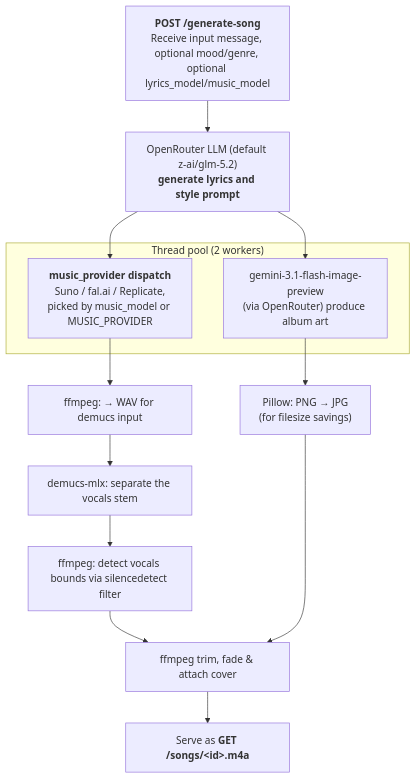
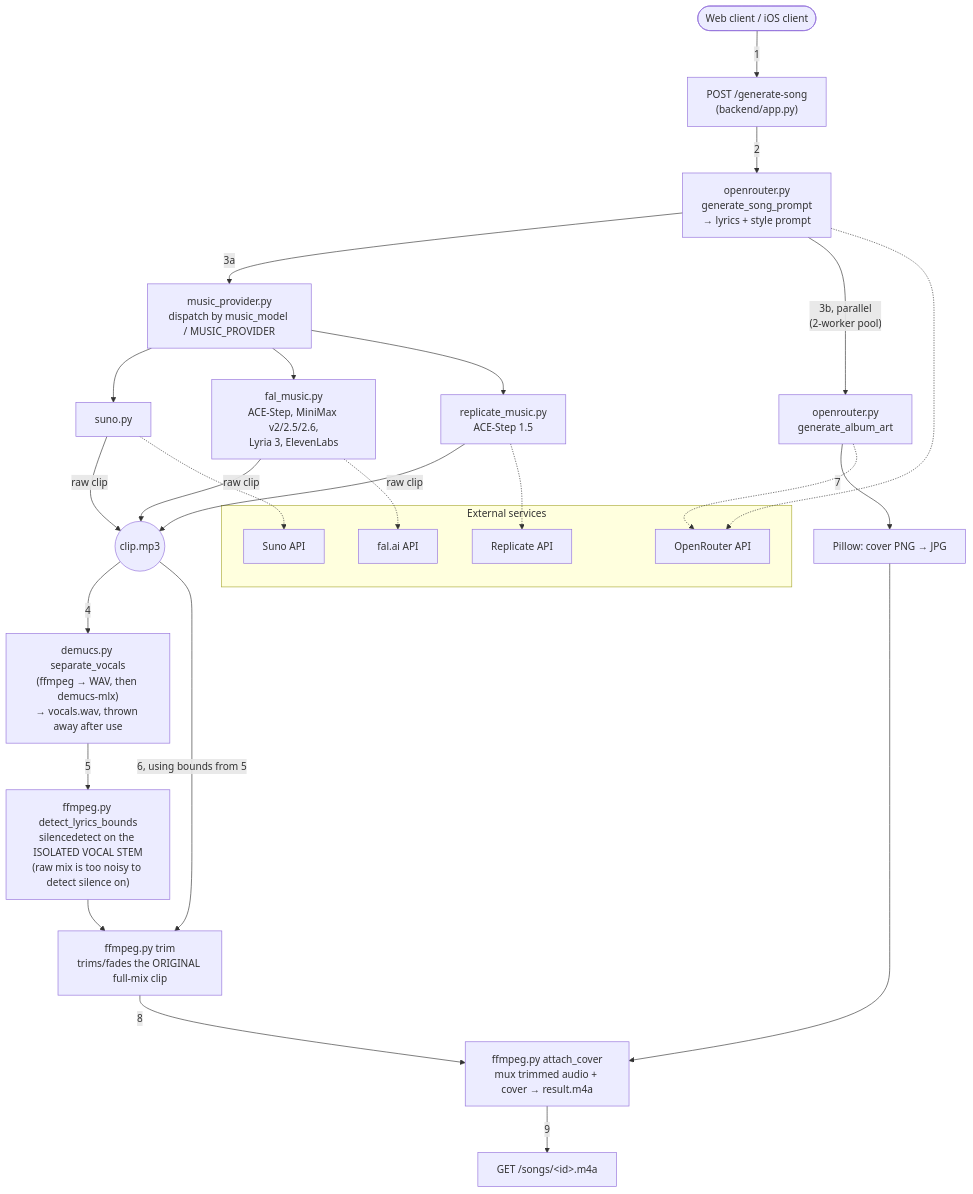
Before and after one commit to icherniukh/hackboston: the first of 2 diagrams in README.md, drawn with Mermaid. The commit also changed other lines of this file, not shown here.

Commit message:
Add backend architecture diagram, replace redundant Milestone 1 flowchart
Old diagram's flat R1 -> {OR,MP,DM,FF} fan-out obscured the actual
data-dependency chain (demucs vocals.wav only exists to give ffmpeg
accurate silencedetect timestamps for trimming the original mixed clip).
New diagram makes call order explicit and covers routes, multi-provider
dispatch, and external services in one place.

Claude-Session: https://claude.ai/code/session_01WeedKcU7RwBrX9XZGmNVgt

````diff
--- a/README.md
+++ b/README.md
@@ -46,19 +34,36 @@
 ```mermaid
-flowchart TD
-    A0["<b>POST /generate-song</b><br>Receive input message, optional mood/genre, optional lyrics_model/music_model"]
-    A["OpenRouter LLM (default z-ai/glm-5.2)<br><b>generate lyrics and style prompt</b>"] --> B1
-    A0 --> A
-    A --> B2
+flowchart TB
+    Client(["Web client / iOS client"]) -->|"1"| R1["POST /generate-song<br>(backend/app.py)"]
 
-    subgraph parallel["Thread pool (2 workers)"]
-        B1["<b>music_provider dispatch</b><br>Suno / fal.ai / Replicate,<br>picked by music_model or MUSIC_PROVIDER"]
-        B2["gemini-3.1-flash-image-preview<br>(via OpenRouter) produce album art"]
+    R1 -->|"2"| OR1["openrouter.py<br>generate_song_prompt<br>→ lyrics + style prompt"]
+
+    OR1 -->|"3a"| MP["music_provider.py<br>dispatch by music_model / MUSIC_PROVIDER"]
+    OR1 -->|"3b, parallel<br>(2-worker pool)"| OR2["openrouter.py<br>generate_album_art"]
+
+    MP --> SU["suno.py"]
+    MP --> FM["fal_music.py<br>ACE-Step, MiniMax v2/2.5/2.6,<br>Lyria 3, ElevenLabs"]
+    MP --> RM["replicate_music.py<br>ACE-Step 1.5"]
+    SU & FM & RM -->|"raw clip"| Clip(("clip.mp3"))
+
+    Clip -->|"4"| DM["demucs.py separate_vocals<br>(ffmpeg → WAV, then demucs-mlx)<br>→ vocals.wav, thrown away after use"]
+    DM -->|"5"| FFB["ffmpeg.py detect_lyrics_bounds<br>silencedetect on the ISOLATED VOCAL STEM<br>(raw mix is too noisy to detect silence on)"]
+    Clip -->|"6, using bounds from 5"| FFT["ffmpeg.py trim<br>trims/fades the ORIGINAL full-mix clip"]
+    FFB --> FFT
+
+    OR2 -->|"7"| JPG["Pillow: cover PNG → JPG"]
+    FFT -->|"8"| FFA["ffmpeg.py attach_cover<br>mux trimmed audio + cover → result.m4a"]
+    JPG --> FFA
+
+    FFA -->|"9"| R3["GET /songs/&lt;id&gt;.m4a"]
+
+    subgraph external["External services"]
+        OpenRouterAPI["OpenRouter API"]
+        SunoAPI["Suno API"]
+        FalAPI["fal.ai API"]
+        ReplicateAPI["Replicate API"]
     end
-
-    B1 --> C0["ffmpeg: → WAV for demucs input"]
-    C0 --> C["demucs-mlx: separate the vocals stem"]
-    C --> D["ffmpeg: detect vocals bounds via silencedetect filter"]
-    B2 --> F["Pillow: PNG → JPG<br>(for filesize savings)"]
-    D & F --> G["ffmpeg trim, fade & attach cover"]
-    G --> H["Serve as <b>GET /songs/&lt;id&gt;.m4a</b>"]
+    OR1 & OR2 -.-> OpenRouterAPI
+    SU -.-> SunoAPI
+    FM -.-> FalAPI
+    RM -.-> ReplicateAPI
 ```
````
